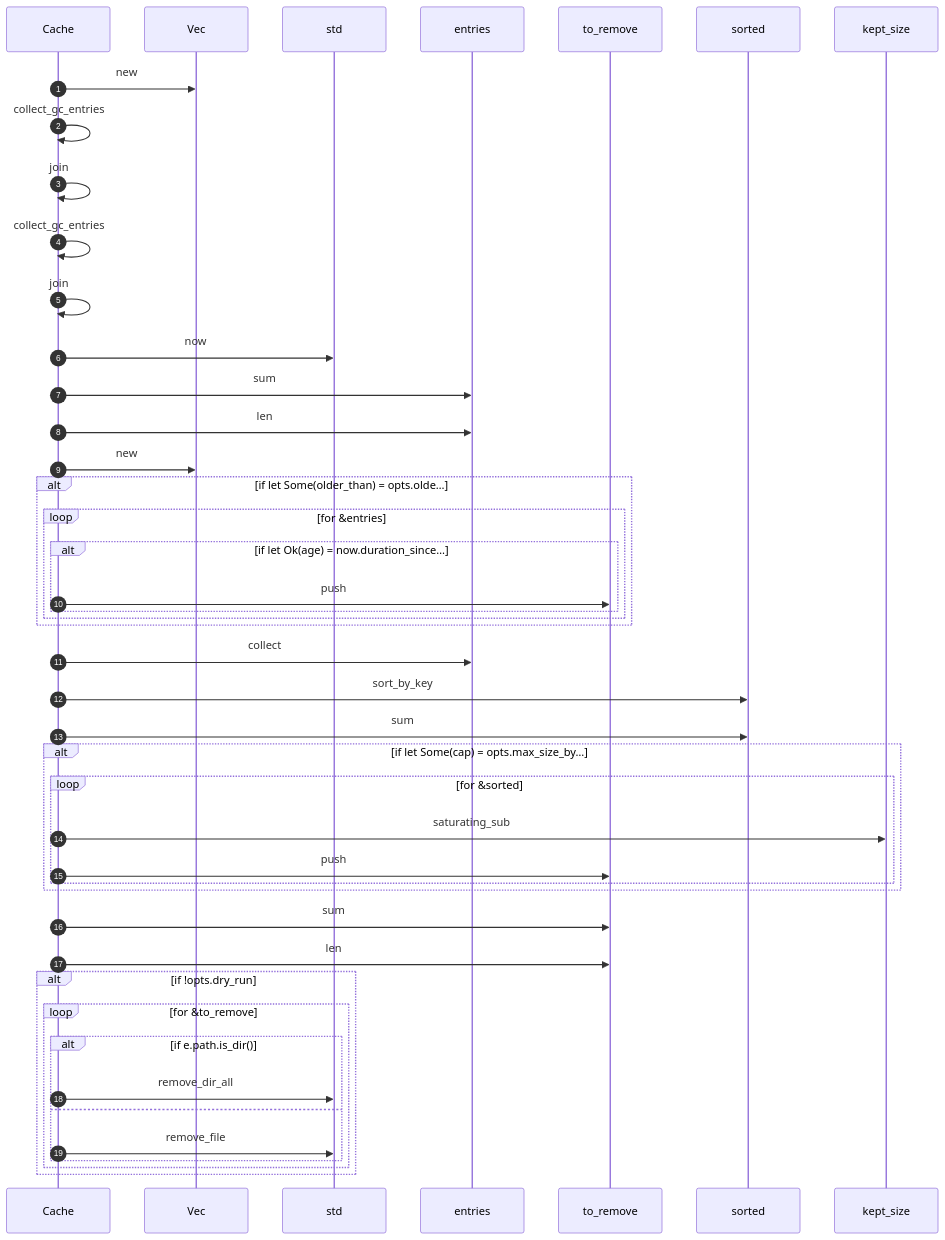
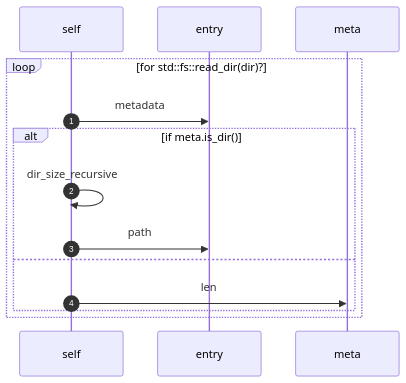
Before and after one commit to anatta-rs/ast-to-mermaid: the fifth of 6 diagrams in README.md, drawn with Mermaid. The commit also changed other lines of this file, not shown here.

Commit message:
docs(readme): swap Cache::gc demo for dir_size_recursive
The gc example was 38 rendered lines and didn't fit comfortably in a
README — the screenshot at #56 review showed Mermaid stretching the
participant header row to fit seven lifelines, with several `alt`
labels overflowing.

`dir_size_recursive` is a better demo: 12 lines of source, 12 rendered
lines, 3 lifelines, and it tells a complete story — a recursive tree
walk with the recursion *visible* as a `self->>self` arrow (step 3),
and the `is_dir()` branch on one lifeline vs the leaf-file branch on
another. Reader gets the whole algorithm without scrolling.

Source listing inlined right above the diagram so the reader can
verify what the renderer captured (and what it filters: the `?` /
`Ok(total)` ceremony doesn't pollute the diagram).

````diff
--- a/README.md
+++ b/README.md
@@ -145,48 +163,17 @@
 ```mermaid
 sequenceDiagram
     autonumber
-    %% pub fn gc(&self, opts: &GcOptions) -> Result<GcReport>
-    participant self as Cache
-    participant Vec as Vec
-    participant std as std
-    participant entries as entries
-    participant to_remove as to_remove
-    participant sorted as sorted
-    participant kept_size as kept_size
-    self->>Vec: new
-    self->>self: collect_gc_entries
-    self->>self: join
-    self->>self: collect_gc_entries
-    self->>self: join
-    self->>std: now
-    self->>entries: sum
-    self->>entries: len
-    self->>Vec: new
-    alt if let Some(older_than) = opts.olde…
-        loop for &entries
-            alt if let Ok(age) = now.duration_since…
-                self->>to_remove: push
-            end
-        end
-    end
-    self->>entries: collect
-    self->>sorted: sort_by_key
-    self->>sorted: sum
-    alt if let Some(cap) = opts.max_size_by…
-        loop for &sorted
-            self->>kept_size: saturating_sub
-            self->>to_remove: push
-        end
-    end
-    self->>to_remove: sum
-    self->>to_remove: len
-    alt if !opts.dry_run
-        loop for &to_remove
-            alt if e.path.is_dir()
-                self->>std: remove_dir_all
-            else
-                self->>std: remove_file
-            end
+    %% fn dir_size_recursive(dir: &Path) -> Result<u64>
+    participant self as self
+    participant entry as entry
+    participant meta as meta
+    loop for std::fs::read_dir(dir)?
+        self->>entry: metadata
+        alt if meta.is_dir()
+            self->>self: dir_size_recursive
+            self->>entry: path
+        else
+            self->>meta: len
         end
     end
 ```
````
